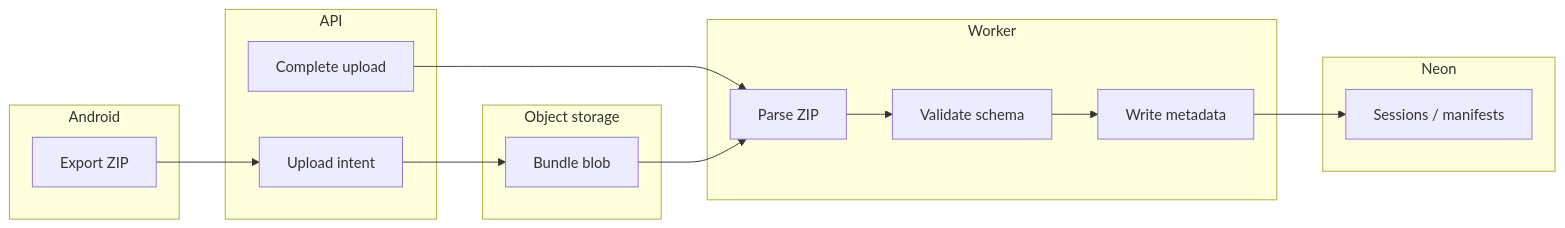
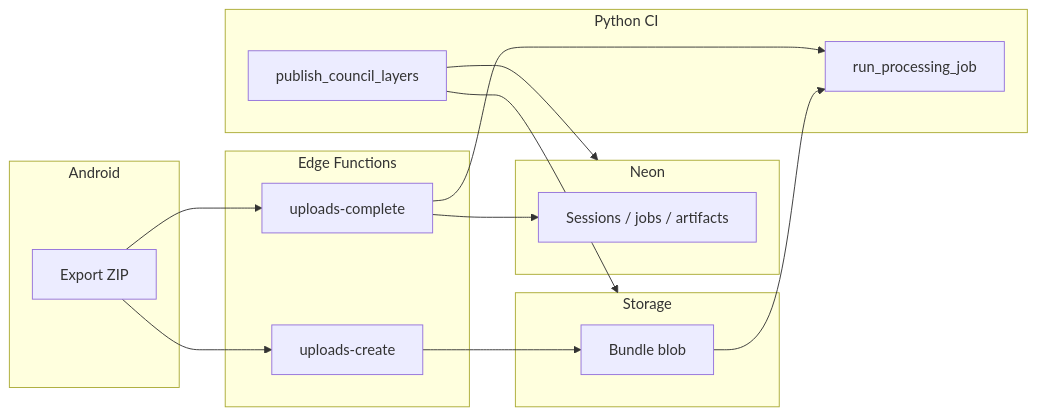
One commit to openlgx/roads changed the diagram in docs/backend.md. Above: the diagram before and after it, drawn with Mermaid. The commit also changed other lines of this file and 83 other files, not shown here.

First line of the commit message:
feat: hosted alpha pipeline (Neon, Edge Functions, Android upload, docs)

````diff
--- a/docs/backend.md
+++ b/docs/backend.md
@@ -66,26 +68,28 @@
 ```mermaid
 flowchart LR
-  subgraph client [Android]
+  subgraph android [Android]
     A[Export ZIP]
   end
-  subgraph api [API]
-    B[Upload intent]
-    C[Complete upload]
+  subgraph edge [Edge Functions]
+    B[uploads-create]
+    C[uploads-complete]
   end
-  subgraph store [Object storage]
+  subgraph store [Storage]
     D[Bundle blob]
   end
   subgraph db [Neon]
-    E[Sessions / manifests]
+    E[Sessions / jobs / artifacts]
   end
-  subgraph worker [Worker]
-    F[Parse ZIP]
-    G[Validate schema]
-    H[Write metadata]
+  subgraph worker [Python CI]
+    F[run_processing_job]
+    G[publish_council_layers]
   end
   A --> B
   B --> D
+  A --> C
   C --> F
-  F --> G --> H --> E
+  C --> E
   D --> F
+  G --> store
+  G --> db
 ```
````
